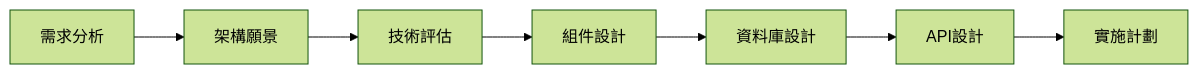
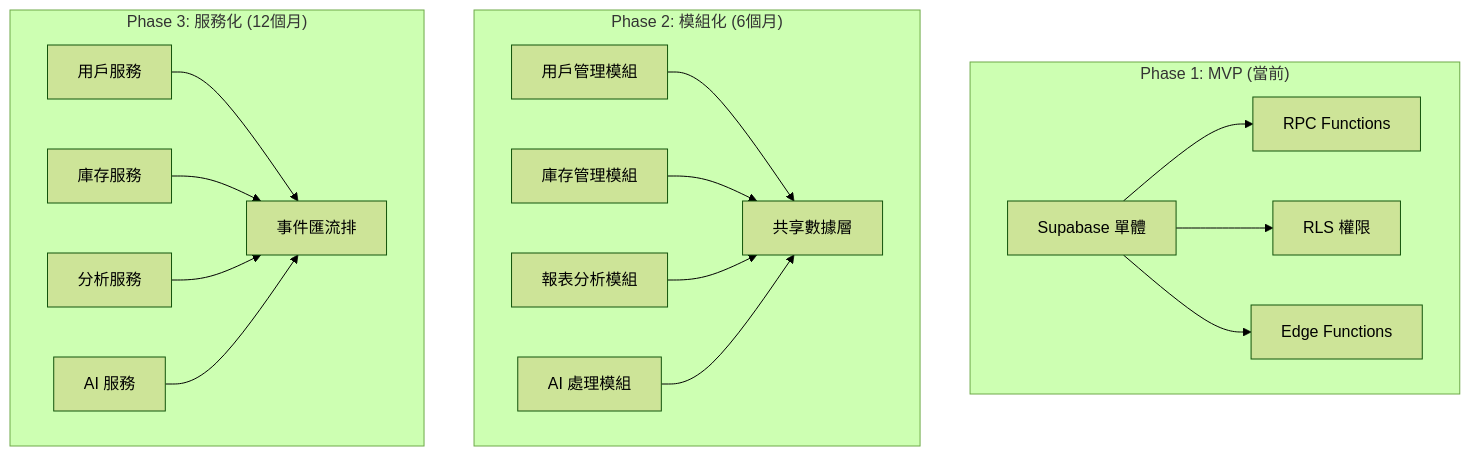
Before and after one commit to aiexkwan/online-stock-control-system: the diagram in docs/role_play/Architecture.md, drawn with Mermaid (forest theme). The commit also changed other lines of this file and 1957 other files, not shown here.

````diff
--- a/docs/role_play/Architecture.md
+++ b/docs/role_play/Architecture.md
@@ -17,9 +115,31 @@
 ```mermaid
-graph LR
-    A[需求分析] --> B[架構願景]
-    B --> C[技術評估]
-    C --> D[組件設計]
-    D --> E[資料庫設計]
-    E --> F[API設計]
-    F --> G[實施計劃]
+graph TB
+    subgraph "Phase 1: MVP (當前)"
+        A[Supabase 單體]
+        A --> B[RPC Functions]
+        A --> C[RLS 權限]
+        A --> D[Edge Functions]
+    end
+
+    subgraph "Phase 2: 模組化 (6個月)"
+        E[用戶管理模組]
+        F[庫存管理模組]
+        G[報表分析模組]
+        H[AI 處理模組]
+        E --> I[共享數據層]
+        F --> I
+        G --> I
+        H --> I
+    end
+
+    subgraph "Phase 3: 服務化 (12個月)"
+        J[用戶服務]
+        K[庫存服務]
+        L[分析服務]
+        M[AI 服務]
+        J --> N[事件匯流排]
+        K --> N
+        L --> N
+        M --> N
+    end
 ```
````
